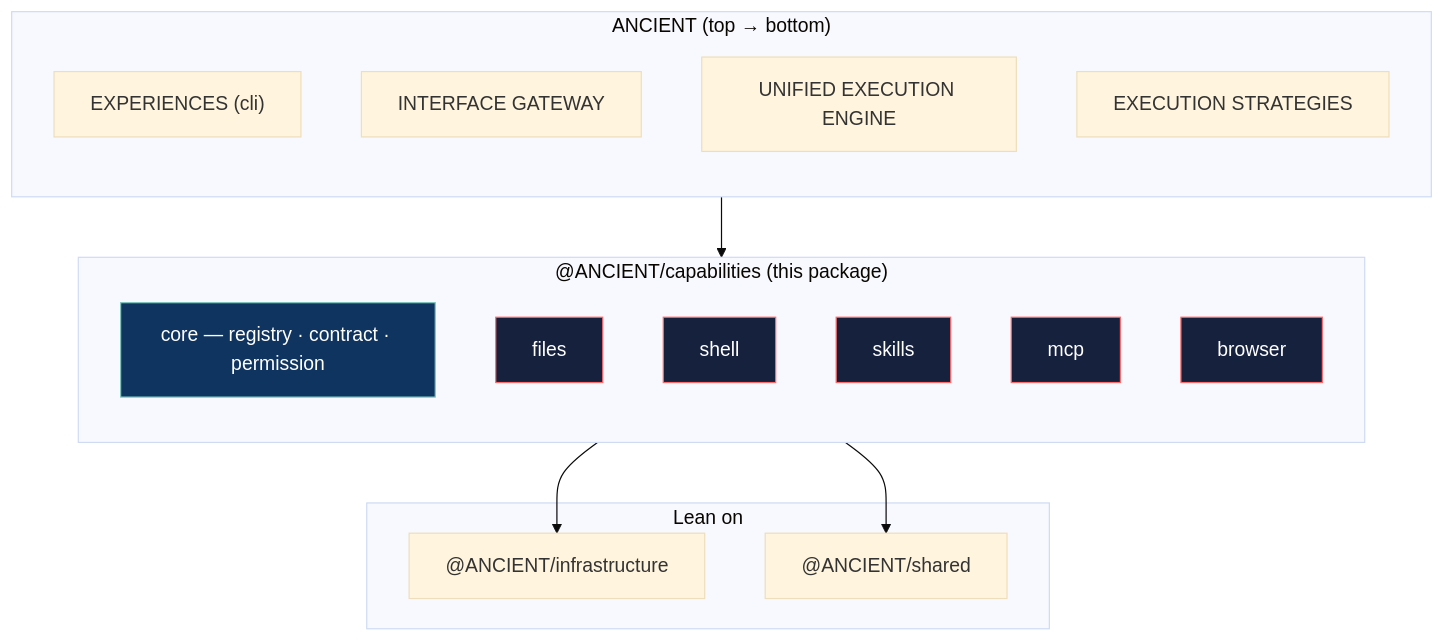
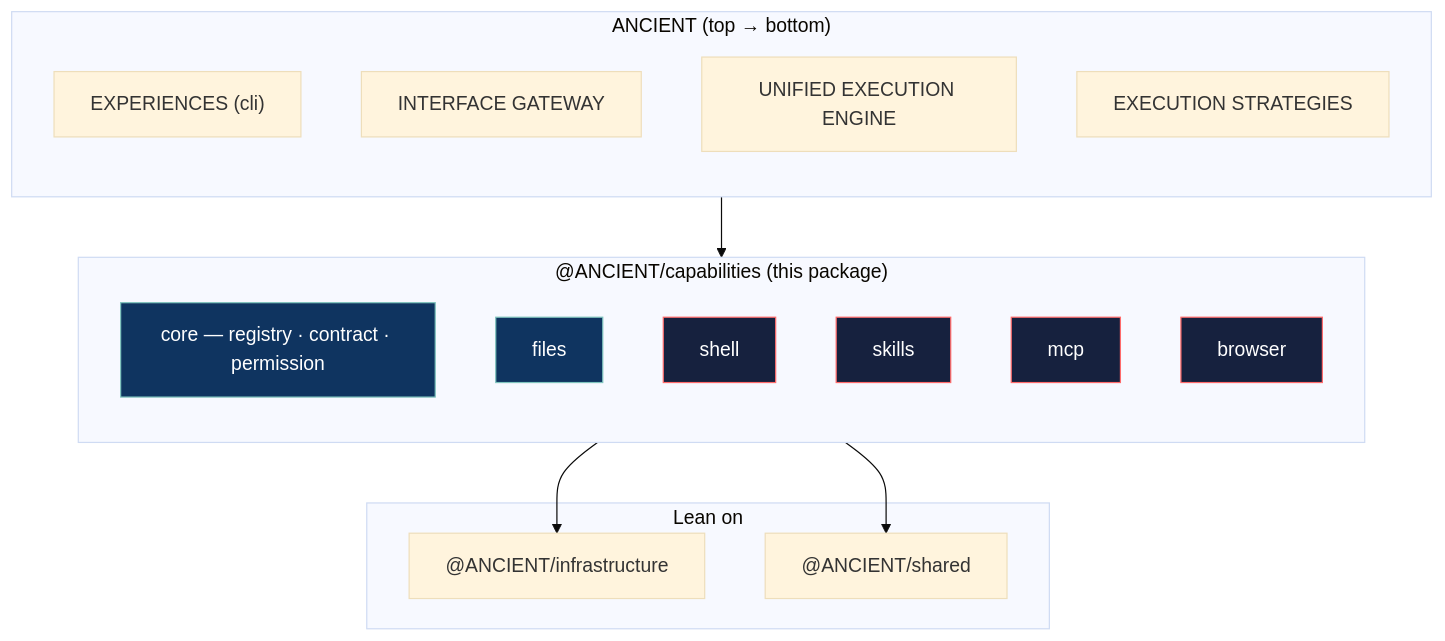
The first of 2 diagrams in packages/capabilities/README.md (D-engahmed/ancient), drawn with Mermaid (base theme) before and after one commit. The commit also changed other lines of this file and 1 other file, not shown here.

````diff
--- a/packages/capabilities/README.md
+++ b/packages/capabilities/README.md
@@ -7,36 +7,36 @@
 ```mermaid
 flowchart TB
     subgraph LAYERS["ANCIENT (top → bottom)"]
         direction TB
         EXP["EXPERIENCES (cli)"]
         GW["INTERFACE GATEWAY"]
         ENG["UNIFIED EXECUTION ENGINE"]
         STRAT["EXECUTION STRATEGIES"]
     end
 
     subgraph CAP["@ANCIENT/capabilities (this package)"]
         direction TB
         CORE["core — registry · contract · permission"]
         FILES["files"]
         SHELL["shell"]
         SKILLS["skills"]
         MCP["mcp"]
         BROWSER["browser"]
     end
 
     subgraph LOWER["Lean on"]
         INFRA["@ANCIENT/infrastructure"]
         SHARED["@ANCIENT/shared"]
     end
 
     LAYERS --> CAP
     CAP --> INFRA
     CAP --> SHARED
 
     style CORE fill:#0f3460,stroke:#7FC4BE,color:#fff
-    style FILES fill:#16213e,stroke:#ff6b6b,color:#fff
+    style FILES fill:#0f3460,stroke:#7FC4BE,color:#fff
     style SHELL fill:#16213e,stroke:#ff6b6b,color:#fff
     style SKILLS fill:#16213e,stroke:#ff6b6b,color:#fff
     style MCP fill:#16213e,stroke:#ff6b6b,color:#fff
     style BROWSER fill:#16213e,stroke:#ff6b6b,color:#fff
 ```
````
